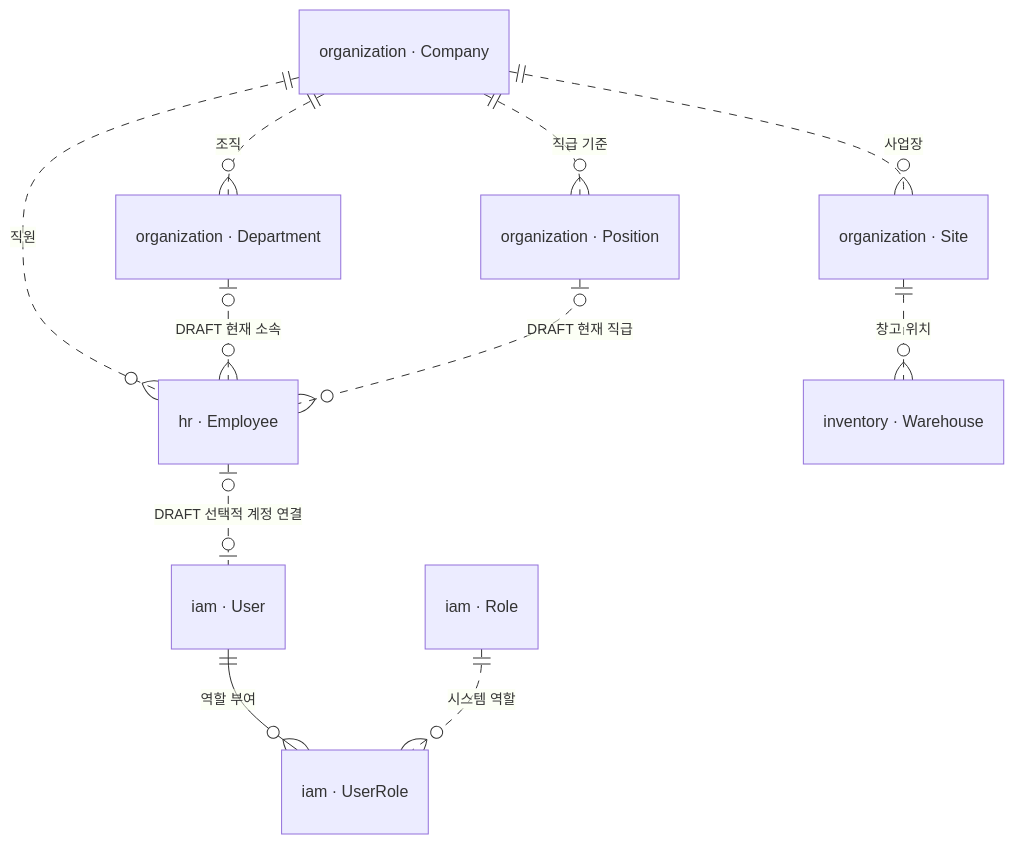
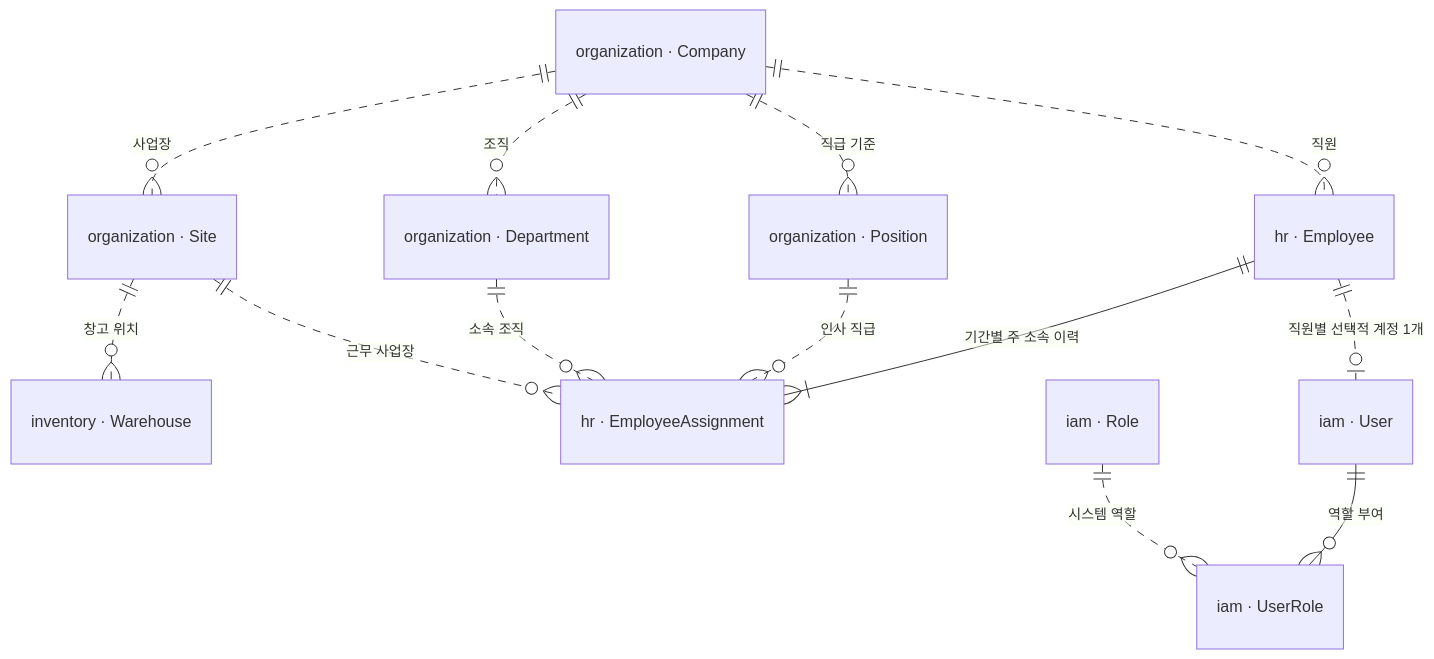
Before and after one commit to kimini02/k-flow-erp: the first of 7 diagrams in docs/domain/erd-overview.md, drawn with Mermaid. The commit also changed other lines of this file and 3 other files, not shown here.

````diff
--- a/docs/domain/erd-overview.md
+++ b/docs/domain/erd-overview.md
@@ -61,23 +62,26 @@
 ```mermaid
 erDiagram
     orgCompany["organization · Company"]
     orgSite["organization · Site"]
     orgDepartment["organization · Department"]
     orgPosition["organization · Position"]
     hrEmployee["hr · Employee"]
+    hrAssignment["hr · EmployeeAssignment"]
     iamUser["iam · User"]
     iamRole["iam · Role"]
     iamUserRole["iam · UserRole"]
     invWarehouse["inventory · Warehouse"]
 
     orgCompany ||..o{ orgSite : "사업장"
     orgCompany ||..o{ orgDepartment : "조직"
     orgCompany ||..o{ orgPosition : "직급 기준"
     orgCompany ||..o{ hrEmployee : "직원"
     orgSite ||..o{ invWarehouse : "창고 위치"
-    orgDepartment o|..o{ hrEmployee : "DRAFT 현재 소속"
-    orgPosition o|..o{ hrEmployee : "DRAFT 현재 직급"
-    hrEmployee o|..o| iamUser : "DRAFT 선택적 계정 연결"
+    hrEmployee ||--|{ hrAssignment : "기간별 주 소속 이력"
+    orgDepartment ||..o{ hrAssignment : "소속 조직"
+    orgSite ||..o{ hrAssignment : "근무 사업장"
+    orgPosition ||..o{ hrAssignment : "인사 직급"
+    hrEmployee ||..o| iamUser : "직원별 선택적 계정 1개"
     iamUser ||--o{ iamUserRole : "역할 부여"
     iamRole ||..o{ iamUserRole : "시스템 역할"
 ```
````
